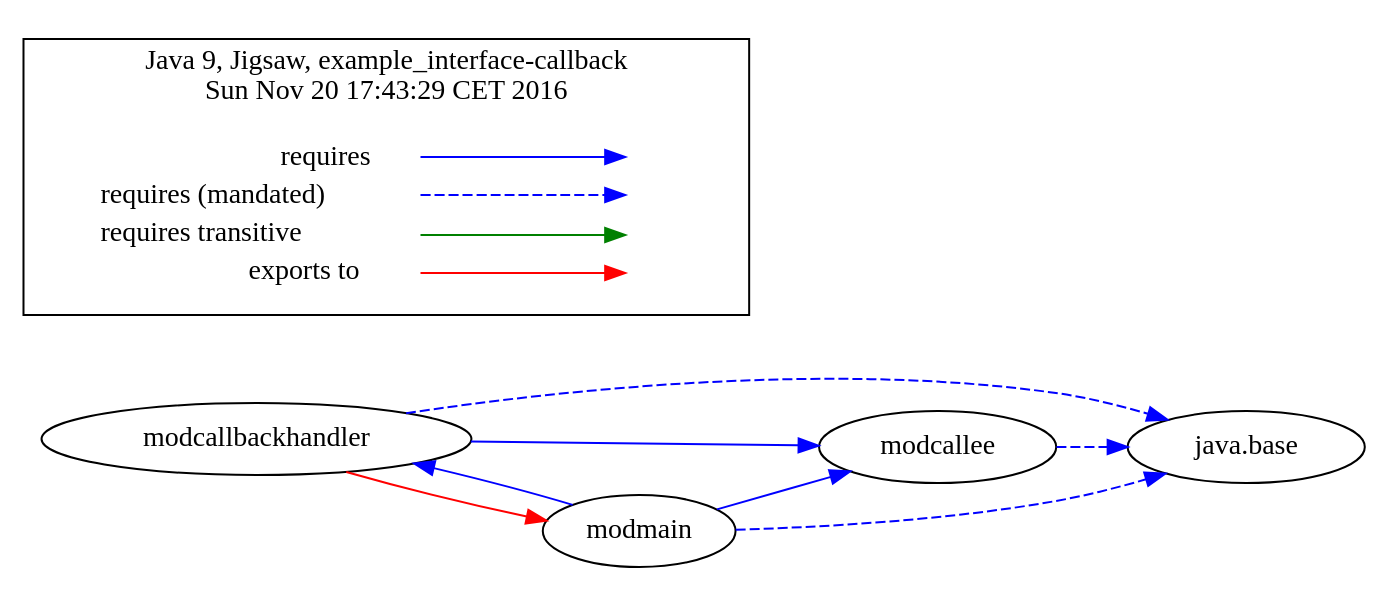
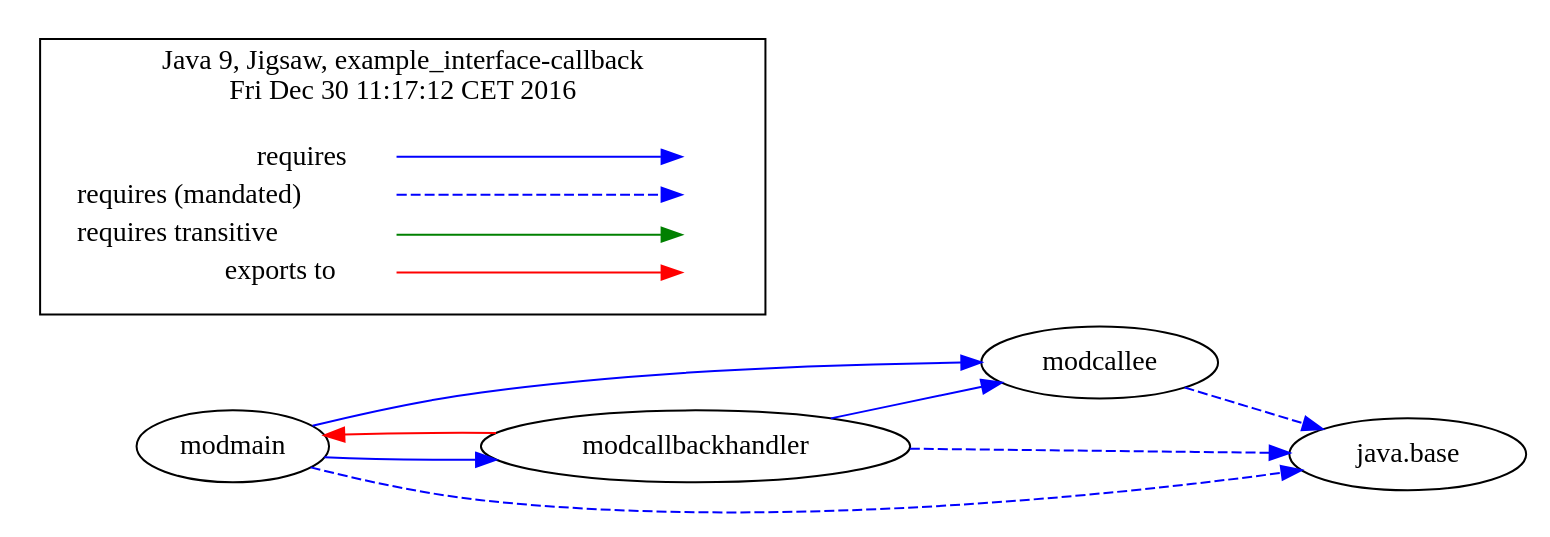
The diagram in jigsaw-examples/example_interface-callback/moduledependencies-withlegend.dot (accso/java9-jigsaw-examples), drawn with Graphviz before and after one commit. The commit also changed 81 other files, not shown here.

```diff
--- a/jigsaw-examples/example_interface-callback/moduledependencies-withlegend.dot
+++ b/jigsaw-examples/example_interface-callback/moduledependencies-withlegend.dot
@@ -1,37 +1,37 @@
-# Created by depvis.JigsawDepVisualizer on Sun Nov 20 17:43:29 CET 2016
+# Created by depvis.JigsawDepVisualizer on Fri Dec 30 11:17:12 CET 2016
 digraph Java9_Dependency_Visualizer {
+modmain[fontname="Consolas",shape="ellipse",label="modmain"];
 modcallee[fontname="Consolas",shape="ellipse",label="modcallee"];
+modcallbackhandler[fontname="Consolas",shape="ellipse",label="modcallbackhandler"];
 java_base[fontname="Consolas",shape="ellipse",label="java.base"];
-modcallbackhandler[fontname="Consolas",shape="ellipse",label="modcallbackhandler"];
-modmain[fontname="Consolas",shape="ellipse",label="modmain"];
-modcallee -> java_base[color="#0000ff",fontname="Consolas",fontcolor="#0000ff",style="dashed",weight="16"]
+modmain -> modcallee[color="#0000ff",fontname="Consolas",fontcolor="#0000ff",weight="8"]
+modmain -> modcallbackhandler[color="#0000ff",fontname="Consolas",fontcolor="#0000ff",weight="8"]
+modmain -> java_base[color="#0000ff",fontname="Consolas",fontcolor="#0000ff",style="dashed",weight="16"]
 modcallbackhandler -> modcallee[color="#0000ff",fontname="Consolas",fontcolor="#0000ff",weight="8"]
 modcallbackhandler -> java_base[color="#0000ff",fontname="Consolas",fontcolor="#0000ff",style="dashed",weight="16"]
 modcallbackhandler -> modmain[fontname="Consolas",fontcolor="#ff0000",color="#ff0000",weight="2"]
-modmain -> modcallee[color="#0000ff",fontname="Consolas",fontcolor="#0000ff",weight="8"]
-modmain -> modcallbackhandler[color="#0000ff",fontname="Consolas",fontcolor="#0000ff",weight="8"]
-modmain -> java_base[color="#0000ff",fontname="Consolas",fontcolor="#0000ff",style="dashed",weight="16"]
+modcallee -> java_base[color="#0000ff",fontname="Consolas",fontcolor="#0000ff",style="dashed",weight="16"]
 rankdir=LR
 node [shape=plaintext]
 subgraph cluster_01 { 
   label = "Java 9, Jigsaw, example_interface-callback
-Sun Nov 20 17:43:29 CET 2016"
+Fri Dec 30 11:17:12 CET 2016"
   fontname="Consolas"
   key [label=<<table border="0" cellpadding="2" cellspacing="0" cellborder="0">
     <tr><td align="right" port="i1">requires</td></tr>
     <tr><td align="right" port="i2">requires (mandated)</td></tr>
     <tr><td align="right" port="i3">requires transitive</td></tr>
     <tr><td align="right" port="i4">exports to</td></tr>
     </table>>,fontname="Consolas"]
   key2 [label=<<table border="0" cellpadding="2" cellspacing="0" cellborder="0">
     <tr><td port="i1">&nbsp;</td></tr>
     <tr><td port="i2">&nbsp;</td></tr>
     <tr><td port="i3">&nbsp;</td></tr>
     <tr><td port="i4">&nbsp;</td></tr>
     </table>>,fontname="Consolas"]
   key:i1:e -> key2:i1:w [color=BLUE]
   key:i2:e -> key2:i2:w [color=BLUE, style=dashed]
   key:i3:e -> key2:i3:w [color=GREEN]
   key:i4:e -> key2:i4:w [color=RED]
 }
 }
```
